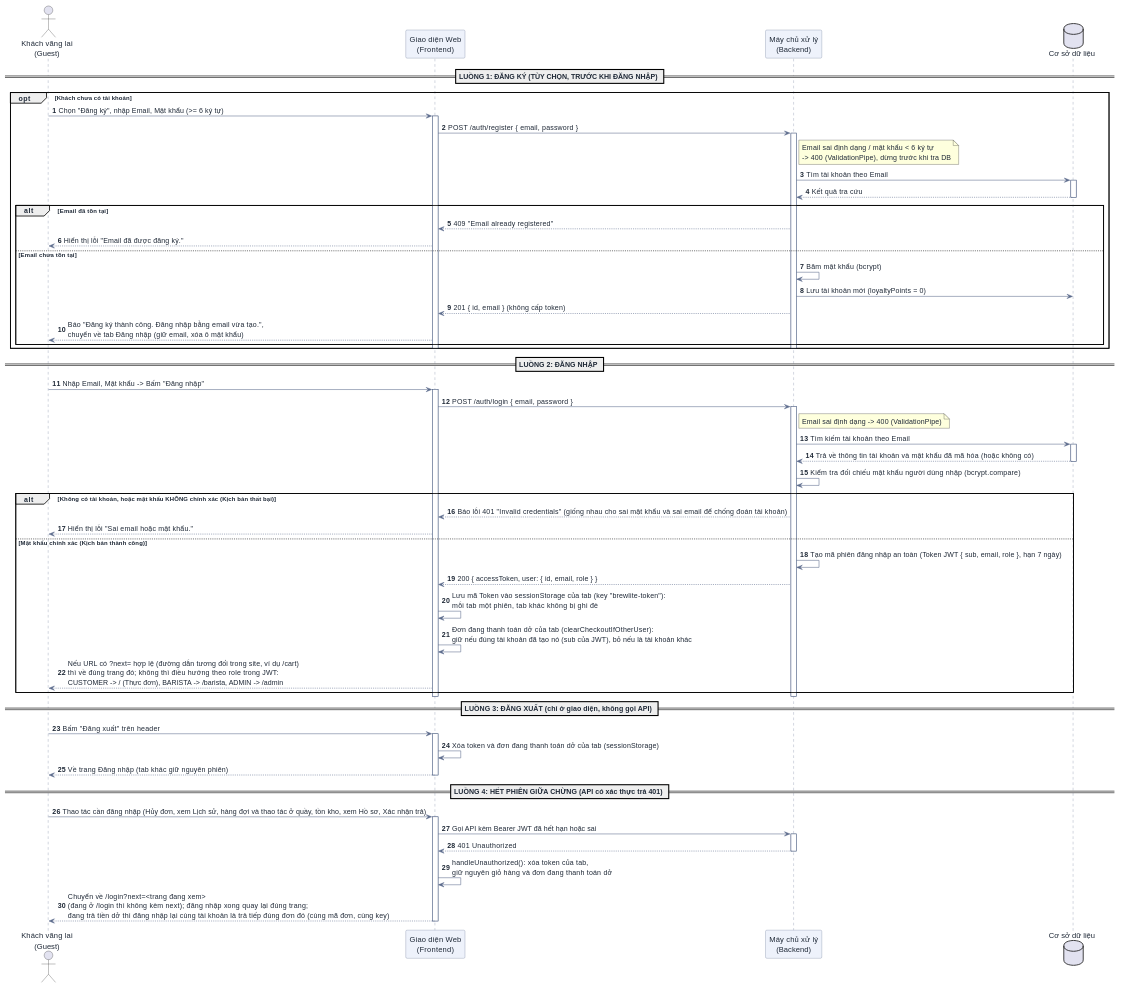
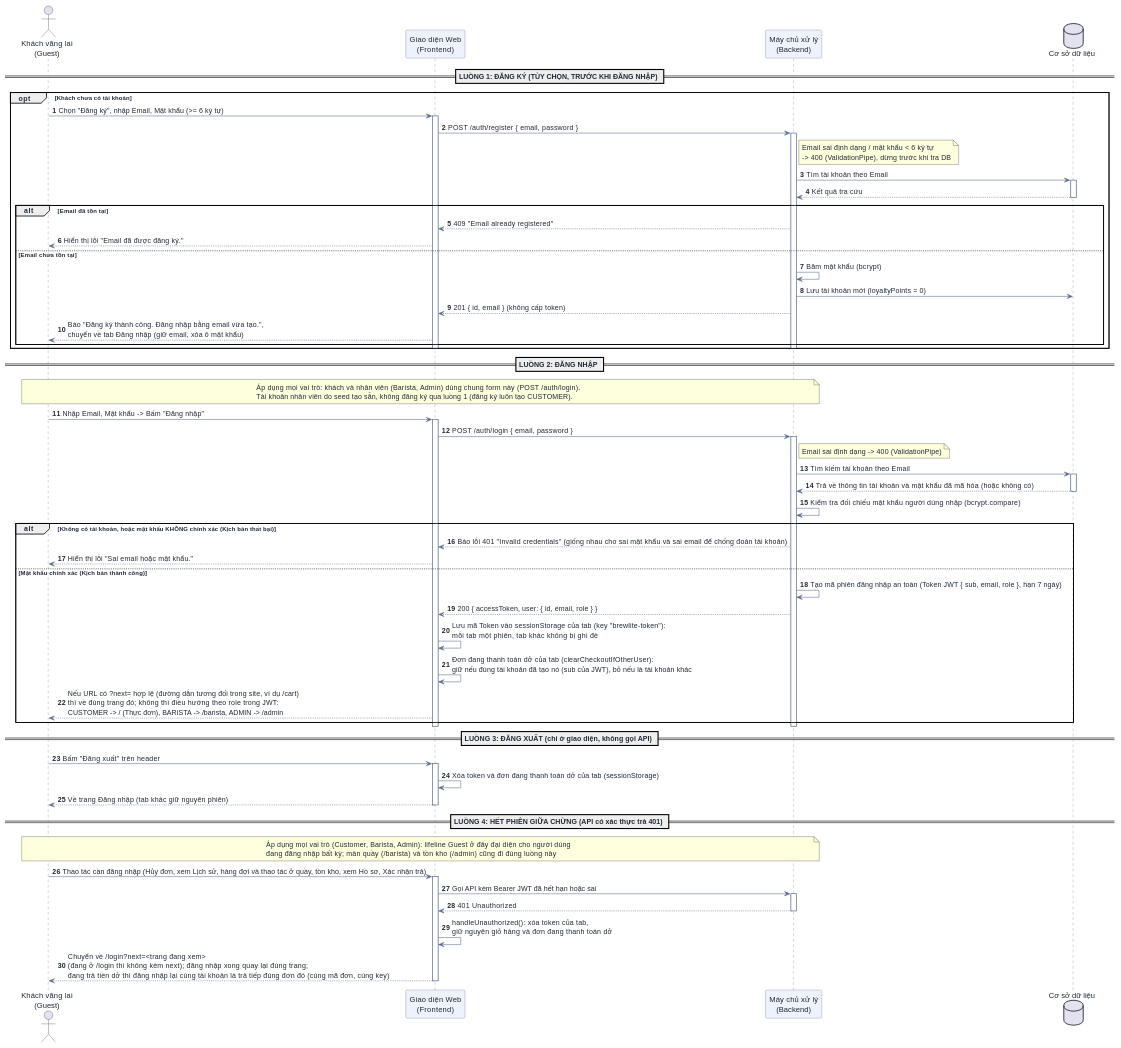
Before and after one commit to DuVinhLoi/BrewLite: the third of 10 diagrams in docs/user-sequence-specifications.md, drawn with PlantUML. The commit also changed other lines of this file and 20 other files, not shown here.

Commit message:
feat: sync use cases and sequence docs with code (UC16, Admin inherits Barista, product-name query, barista loading)

```diff
--- a/docs/user-sequence-specifications.md
+++ b/docs/user-sequence-specifications.md
@@ -273,6 +276,7 @@
 end
 
 == LUỒNG 2: ĐĂNG NHẬP ==
+note over User, BE : Áp dụng mọi vai trò: khách và nhân viên (Barista, Admin) dùng chung form này (POST /auth/login).\nTài khoản nhân viên do seed tạo sẵn, không đăng ký qua luồng 1 (đăng ký luôn tạo CUSTOMER).
 User -> FE : Nhập Email, Mật khẩu -> Bấm "Đăng nhập"
 activate FE
 FE -> BE : POST /auth/login { email, password }
@@ -307,6 +311,7 @@
 deactivate FE
 
 == LUỒNG 4: HẾT PHIÊN GIỮA CHỪNG (API có xác thực trả 401) ==
+note over User, BE : Áp dụng mọi vai trò (Customer, Barista, Admin): lifeline Guest ở đây đại diện cho người dùng\nđang đăng nhập bất kỳ; màn quầy (/barista) và tồn kho (/admin) cũng đi đúng luồng này
 User -> FE : Thao tác cần đăng nhập (Hủy đơn, xem Lịch sử, hàng đợi và thao tác ở quầy, tồn kho, xem Hồ sơ, Xác nhận trả)
 activate FE
 FE -> BE : Gọi API kèm Bearer JWT đã hết hạn hoặc sai
```
